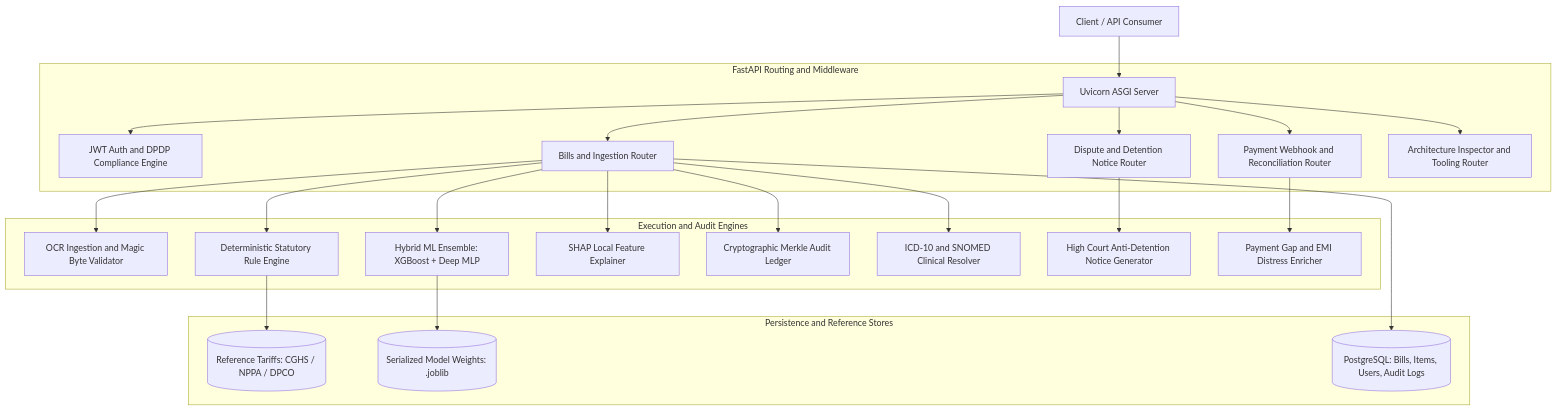
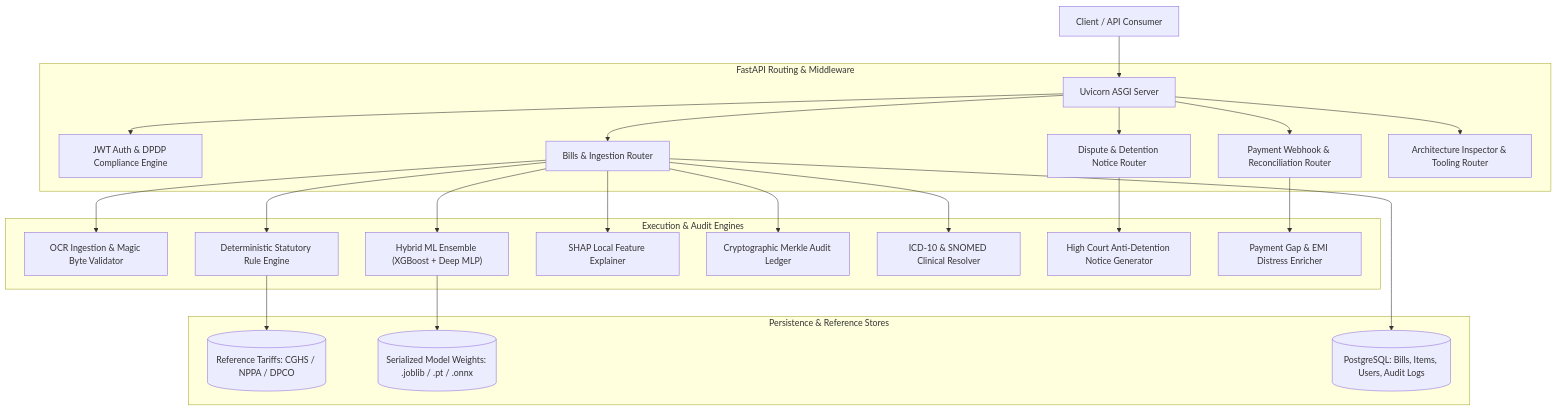
Before and after one commit to Harshil-18-byte/CuraVeris: the first of 7 diagrams in docs/ARCHITECTURE.md, drawn with Mermaid.

Commit message:
Format Mermaid node strings in technical architecture specification

````diff
--- a/docs/ARCHITECTURE.md
+++ b/docs/ARCHITECTURE.md
@@ -23,29 +23,29 @@
 ```mermaid
 graph TD
-  Client[Client / API Consumer] --> Gateway[Uvicorn ASGI Server]
+  Client["Client / API Consumer"] --> Gateway["Uvicorn ASGI Server"]
 
-  subgraph API_Layer [FastAPI Routing and Middleware]
-    Gateway --> AuthMiddleware[JWT Auth and DPDP Compliance Engine]
-    Gateway --> BillRouter[Bills and Ingestion Router]
-    Gateway --> ReportRouter[Dispute and Detention Notice Router]
-    Gateway --> PaymentRouter[Payment Webhook and Reconciliation Router]
-    Gateway --> DevRouter[Architecture Inspector and Tooling Router]
+  subgraph API_Layer ["FastAPI Routing & Middleware"]
+    Gateway --> AuthMiddleware["JWT Auth & DPDP Compliance Engine"]
+    Gateway --> BillRouter["Bills & Ingestion Router"]
+    Gateway --> ReportRouter["Dispute & Detention Notice Router"]
+    Gateway --> PaymentRouter["Payment Webhook & Reconciliation Router"]
+    Gateway --> DevRouter["Architecture Inspector & Tooling Router"]
   end
 
-  subgraph Service_Engine [Execution and Audit Engines]
-    BillRouter --> Extractor[OCR Ingestion and Magic Byte Validator]
-    BillRouter --> RiskEngine[Deterministic Statutory Rule Engine]
-    BillRouter --> EnsembleEngine[Hybrid ML Ensemble: XGBoost + Deep MLP]
-    BillRouter --> Explainer[SHAP Local Feature Explainer]
-    BillRouter --> MerkleEngine[Cryptographic Merkle Audit Ledger]
-    BillRouter --> ClinicalEngine[ICD-10 and SNOMED Clinical Resolver]
-    ReportRouter --> LegalEngine[High Court Anti-Detention Notice Generator]
-    PaymentRouter --> PaymentEnricher[Payment Gap and EMI Distress Enricher]
+  subgraph Service_Engine ["Execution & Audit Engines"]
+    BillRouter --> Extractor["OCR Ingestion & Magic Byte Validator"]
+    BillRouter --> RiskEngine["Deterministic Statutory Rule Engine"]
+    BillRouter --> EnsembleEngine["Hybrid ML Ensemble (XGBoost + Deep MLP)"]
+    BillRouter --> Explainer["SHAP Local Feature Explainer"]
+    BillRouter --> MerkleEngine["Cryptographic Merkle Audit Ledger"]
+    BillRouter --> ClinicalEngine["ICD-10 & SNOMED Clinical Resolver"]
+    ReportRouter --> LegalEngine["High Court Anti-Detention Notice Generator"]
+    PaymentRouter --> PaymentEnricher["Payment Gap & EMI Distress Enricher"]
   end
 
-  subgraph Storage_Layer [Persistence and Reference Stores]
-    RiskEngine --> SQLiteRef[(Reference Tariffs: CGHS / NPPA / DPCO)]
-    EnsembleEngine --> ModelWeights[(Serialized Model Weights: .joblib)]
-    BillRouter --> PostgresDB[(PostgreSQL: Bills, Items, Users, Audit Logs)]
+  subgraph Storage_Layer ["Persistence & Reference Stores"]
+    RiskEngine --> SQLiteRef[("Reference Tariffs: CGHS / NPPA / DPCO")]
+    EnsembleEngine --> ModelWeights[("Serialized Model Weights: .joblib / .pt / .onnx")]
+    BillRouter --> PostgresDB[("PostgreSQL: Bills, Items, Users, Audit Logs")]
   end
 ```
````
